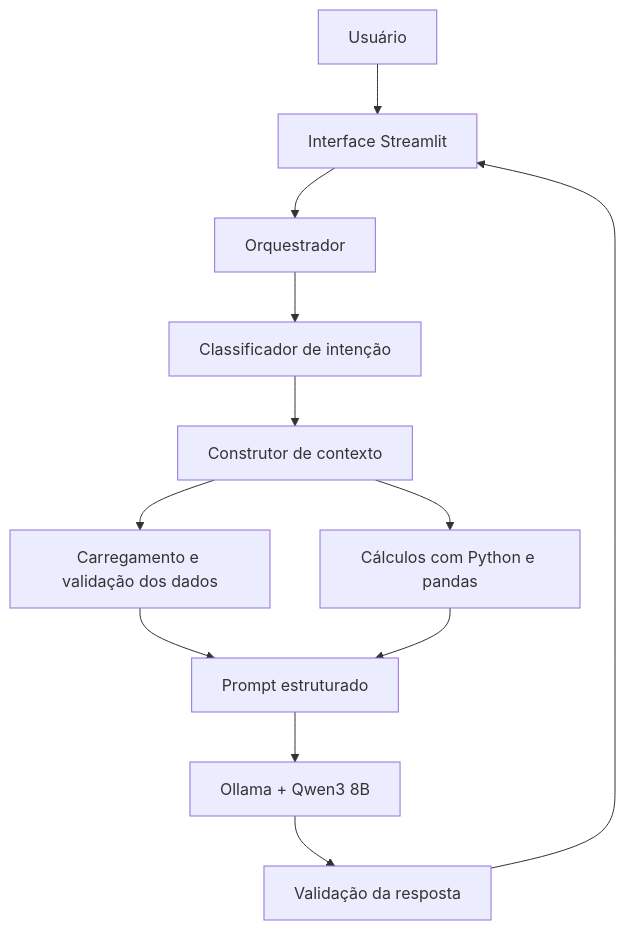
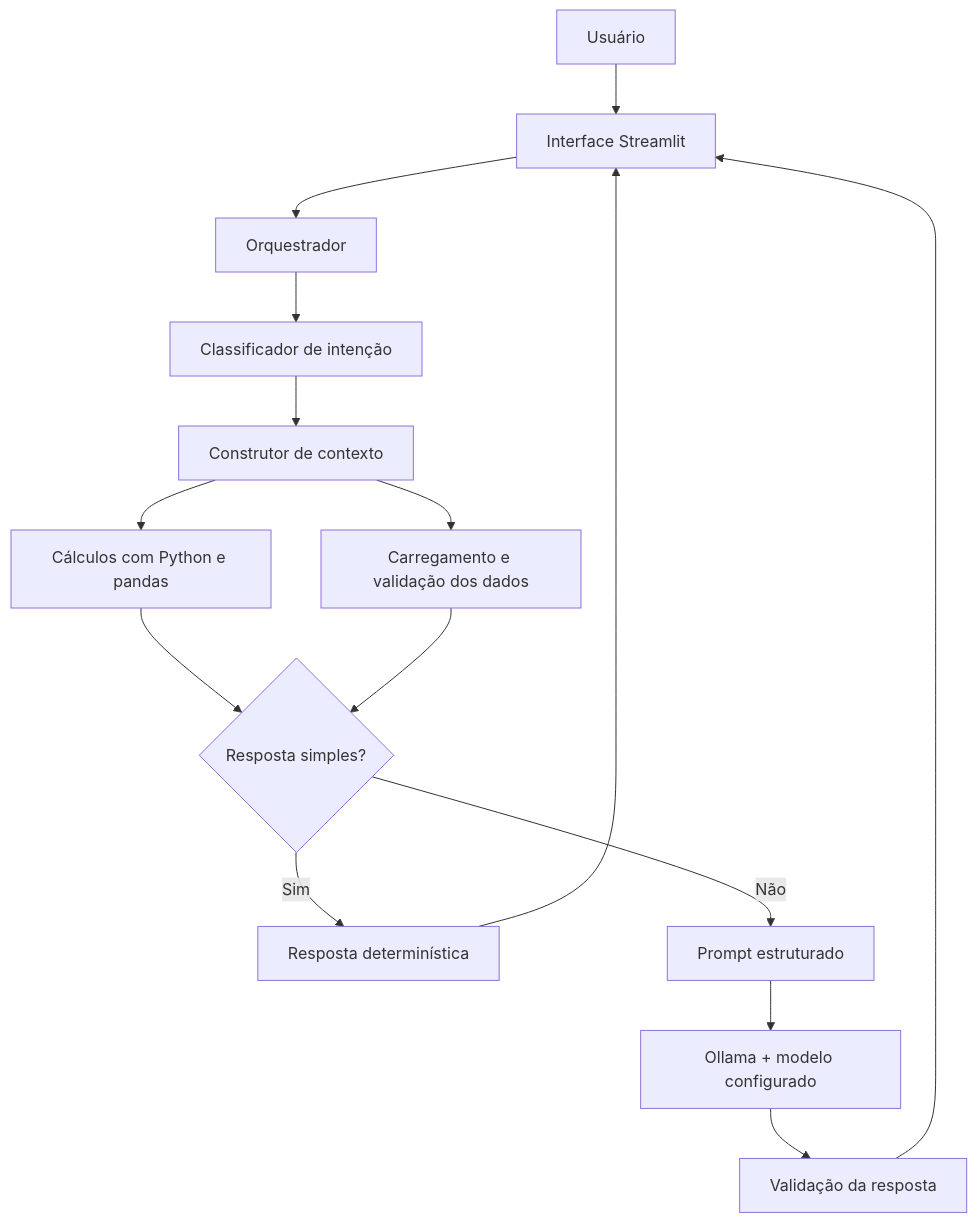
Before and after one commit to Breno3B/dio-lab-bia-do-futuro: the diagram in README.md, drawn with Mermaid. The commit also changed other lines of this file and 4 other files, not shown here.

Commit message:
docs: Update README files for clarity and detail; enhance evaluation instructions and application architecture

````diff
--- a/README.md
+++ b/README.md
@@ -73,14 +78,17 @@
 ```mermaid
 flowchart TD
     U[Usuário] --> S[Interface Streamlit]
     S --> O[Orquestrador]
     O --> I[Classificador de intenção]
     I --> C[Construtor de contexto]
     C --> D[Carregamento e validação dos dados]
     C --> A[Cálculos com Python e pandas]
-    D --> P[Prompt estruturado]
-    A --> P
-    P --> L[Ollama + Qwen3 8B]
+    A --> R{Resposta simples?}
+    D --> R
+    R -->|Sim| T[Resposta determinística]
+    R -->|Não| P[Prompt estruturado]
+    P --> L[Ollama + modelo configurado]
     L --> V[Validação da resposta]
+    T --> S
     V --> S
 ```
````
